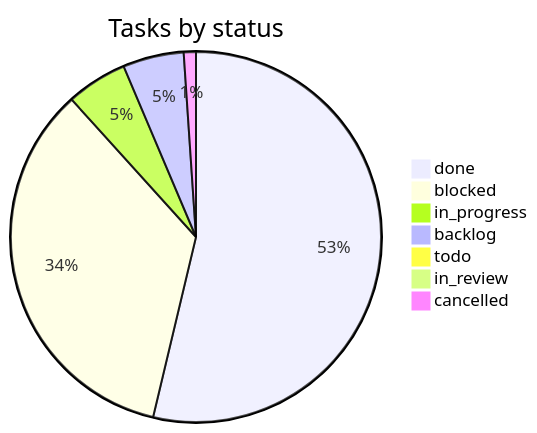
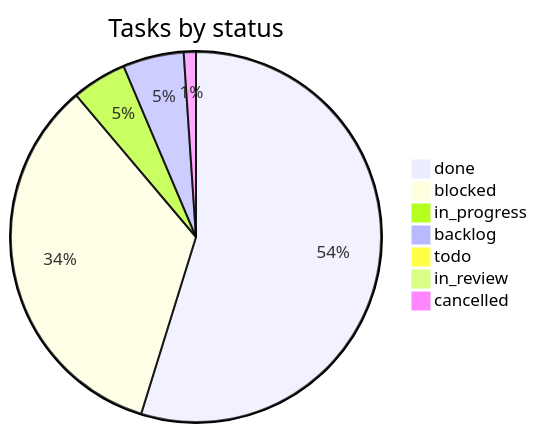
One commit to vulcanflow/docs changed the second of 2 diagrams in PROGRESS.md. Above: the diagram before and after it, drawn with Mermaid. The commit also changed other lines of this file and 1 other file, not shown here.

Commit message:
progress: 2 deliveries (VFL-200, VFL-238) (#89)

````diff
--- a/PROGRESS.md
+++ b/PROGRESS.md
@@ -58,10 +58,10 @@
 ```mermaid
 pie title Tasks by status
-  "done" : 101
-  "blocked" : 65
-  "in_progress" : 10
+  "done" : 103
+  "blocked" : 64
+  "in_progress" : 9
   "backlog" : 10
   "todo" : 1
   "in_review" : 1
   "cancelled" : 2
 ```
````
